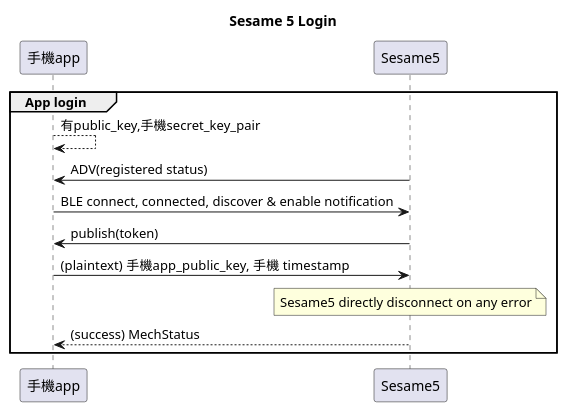
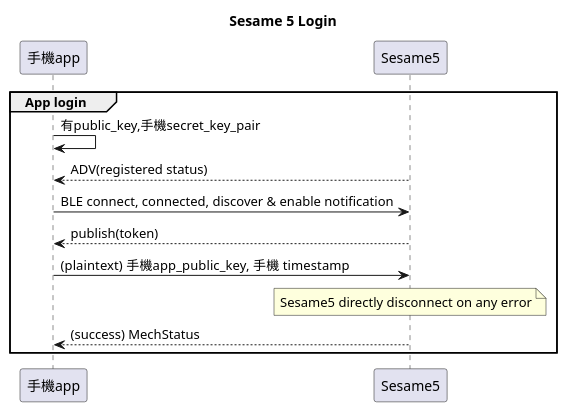
The diagram in profile/uml/uml_input/p09_login.plantuml (CANDY-HOUSE/.github), drawn with PlantUML before and after one commit. The commit also changed 1 other file, not shown here.

```diff
--- a/profile/uml/uml_input/p09_login.plantuml
+++ b/profile/uml/uml_input/p09_login.plantuml
@@ -1,20 +1,20 @@
 @startuml
 
 title Sesame 5 Login
 
 participant 手機app
 participant Sesame5
 
 group App login
 
-手機app --> 手機app: 有public_key,手機secret_key_pair
-Sesame5 -> 手機app: ADV(registered status)
+手機app -> 手機app: 有public_key,手機secret_key_pair
+Sesame5 --> 手機app: ADV(registered status)
 手機app -> Sesame5: BLE connect, connected, discover & enable notification
-Sesame5 -> 手機app: publish(token)
+Sesame5 --> 手機app: publish(token)
 手機app -> Sesame5: (plaintext)  手機app_public_key, 手機 timestamp
 
 note over Sesame5: Sesame5 directly disconnect on any error
 Sesame5 --> 手機app: (success) MechStatus
 end
 
 @enduml
```
